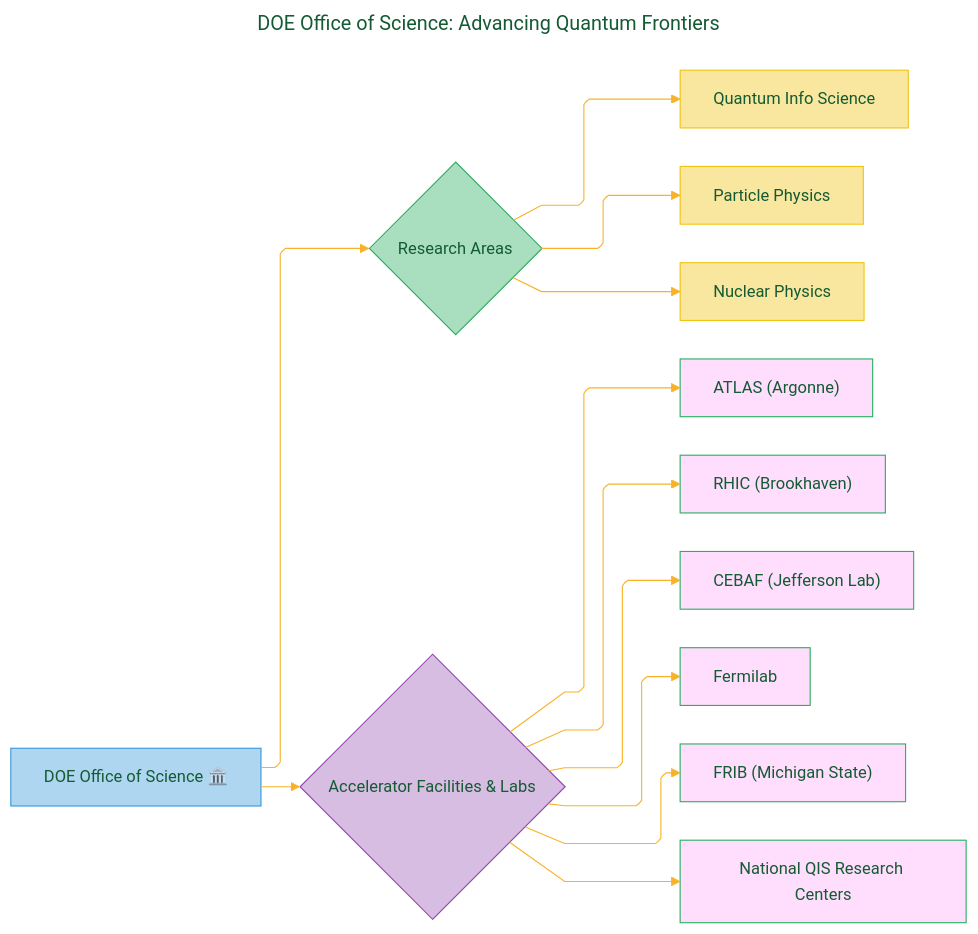
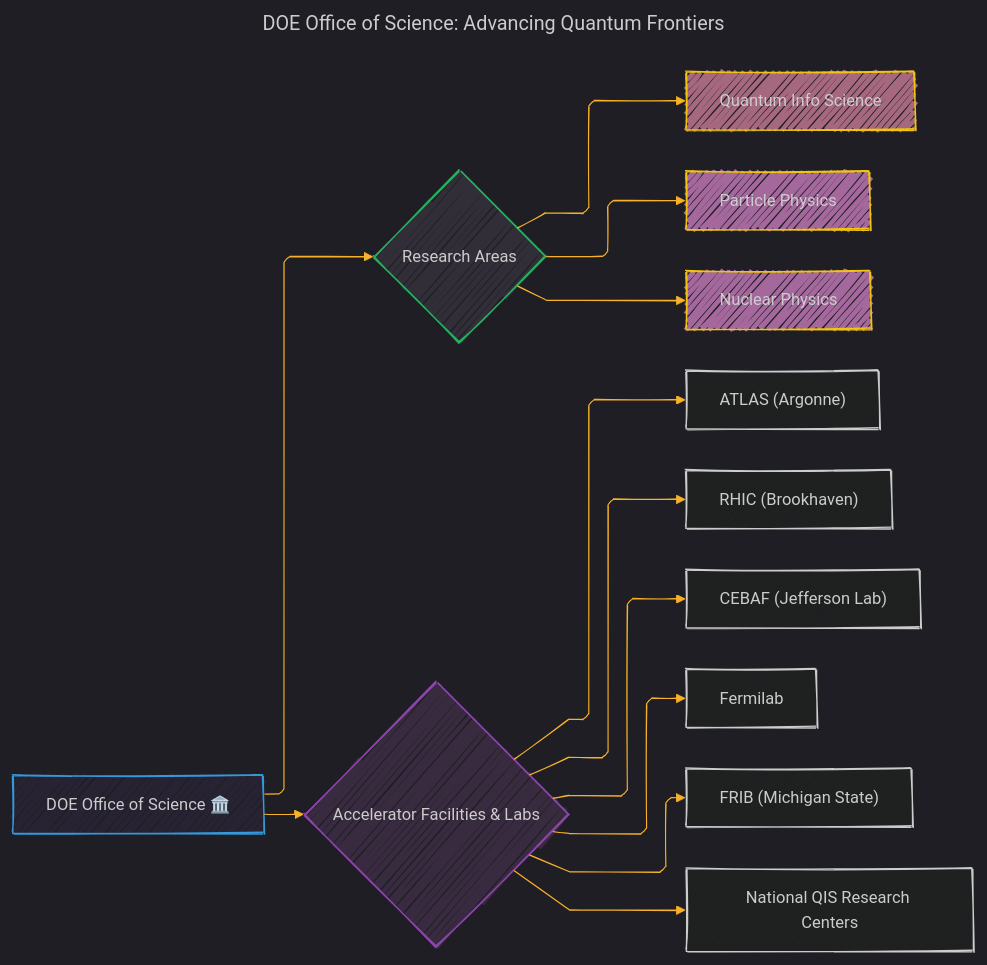
One commit to CongLeSolutionX/Harmonic_Atomica changed the sixth of 7 diagrams in Quantum_Mechanics/Quantum_Mechanics.md. Above: the diagram before and after it, drawn with Mermaid. The commit also changed other lines of this file, not shown here.

````diff
--- a/Quantum_Mechanics/Quantum_Mechanics.md
+++ b/Quantum_Mechanics/Quantum_Mechanics.md
@@ -476,72 +477,73 @@
 ```mermaid
 ---
 title: "DOE Office of Science: Advancing Quantum Frontiers"
 author: "Cong Le"
 version: "1.0"
 license(s): "MIT, CC BY-SA 4.0"
 copyright: "Copyright (c) 2025 Cong Le. All Rights Reserved."
 config:
   layout: elk
-  theme: base
+  look: handDrawn
+  theme: dark
 ---
 %%%%%%%% Mermaid version v11.4.1-b.14
 %%%%%%%% Available curve styles include the following keywords:
 %% basis, bumpX, bumpY, cardinal, catmullRom, linear, monotoneX, monotoneY, natural, step, stepAfter, stepBefore.
 %%{
   init: {
     'securityLevel': 'loose',
     'flowchart': { 'htmlLabels': true, 'curve': 'linear' },
     'fontFamily': 'Comic Sans MS, cursive, sans-serif',
     'themeVariables': {
       'primaryColor': '#F5E3',
       'primaryTextColor': '#145A32',
       'lineColor': '#F8B229',
       'primaryBorderColor': '#27AE60',
       'secondaryColor': '#EBDEF0',
       'secondaryTextColor': '#6C3483',
       'secondaryBorderColor': '#A569BD',
       'fontSize': '15px'
     }
   }
 }%%
 flowchart LR
 
 A["DOE Office of Science 🏛️"] --> B{"Research Areas"}
 
 B --> C["Quantum Info Science"]
 
 B --> D["Particle Physics"]
 
 B --> E["Nuclear Physics"]
 
   
 
 A --> F{"Accelerator Facilities & Labs"}
 
 F --> G["ATLAS (Argonne)"]
 
 F --> H["RHIC (Brookhaven)"]
 
 F --> I["CEBAF (Jefferson Lab)"]
 
 F --> J["Fermilab"]
 
 F --> K["FRIB (Michigan State)"]
 
 F --> L["National QIS Research Centers"]
 
   
 
-style A fill:#AED6F1,stroke:#3498DB
+style A fill:#A6F1,stroke:#3498DB
 
-style B fill:#A9DFBF,stroke:#27AE60
+style B fill:#A9B2,stroke:#27AE60
 
-style C fill:#F9E79F,stroke:#F1C40F
+style C fill:#F9B9,stroke:#F1C40F
 
-style D fill:#F9E79F,stroke:#F1C40F
+style D fill:#F9E9,stroke:#F1C40F
 
-style E fill:#F9E79F,stroke:#F1C40F
+style E fill:#F9E9,stroke:#F1C40F
 
-style F fill:#D7BDE2,stroke:#8E44AD
+style F fill:#D7E2,stroke:#8E44AD
 
 ```
````
